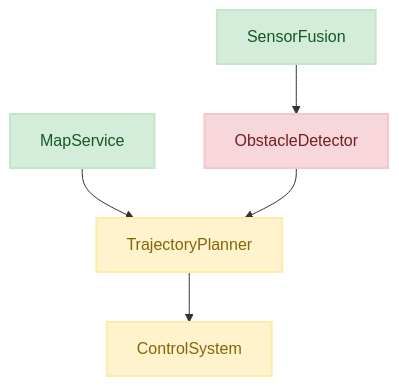
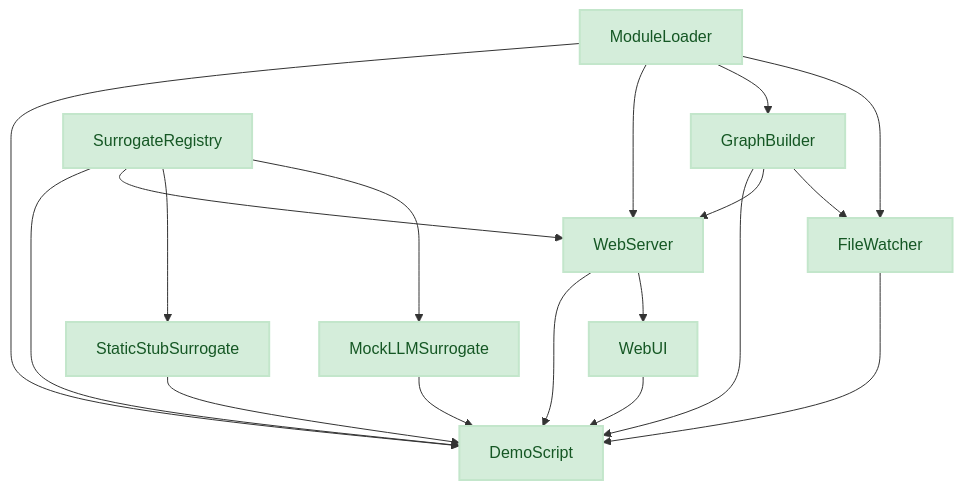
Before and after one commit to tomerhamam/SWAI_Cursor: the diagram in static/diagram.mmd, drawn with Mermaid. The commit also changed 16 other files, not shown here.

First line of the commit message:
feat: Transform system into self-documenting MVP architecture

```diff
--- a/static/diagram.mmd
+++ b/static/diagram.mmd
@@ -1,22 +1,43 @@
 graph TD
-    SensorFusion["SensorFusion"]
-    class SensorFusion implemented
-    ControlSystem["ControlSystem"]
-    class ControlSystem placeholder
-    ObstacleDetector["ObstacleDetector"]
-    class ObstacleDetector error
-    MapService["MapService"]
-    class MapService implemented
-    TrajectoryPlanner["TrajectoryPlanner"]
-    class TrajectoryPlanner placeholder
+    DemoScript["DemoScript"]
+    class DemoScript implemented
+    WebServer["WebServer"]
+    class WebServer implemented
+    GraphBuilder["GraphBuilder"]
+    class GraphBuilder implemented
+    SurrogateRegistry["SurrogateRegistry"]
+    class SurrogateRegistry implemented
+    FileWatcher["FileWatcher"]
+    class FileWatcher implemented
+    StaticStubSurrogate["StaticStubSurrogate"]
+    class StaticStubSurrogate implemented
+    WebUI["WebUI"]
+    class WebUI implemented
+    ModuleLoader["ModuleLoader"]
+    class ModuleLoader implemented
+    MockLLMSurrogate["MockLLMSurrogate"]
+    class MockLLMSurrogate implemented
 
-    TrajectoryPlanner --> ControlSystem
-    SensorFusion --> ObstacleDetector
-    MapService --> TrajectoryPlanner
-    ObstacleDetector --> TrajectoryPlanner
+    ModuleLoader --> DemoScript
+    GraphBuilder --> DemoScript
+    SurrogateRegistry --> DemoScript
+    StaticStubSurrogate --> DemoScript
+    MockLLMSurrogate --> DemoScript
+    WebServer --> DemoScript
+    FileWatcher --> DemoScript
+    WebUI --> DemoScript
+    ModuleLoader --> WebServer
+    GraphBuilder --> WebServer
+    SurrogateRegistry --> WebServer
+    ModuleLoader --> GraphBuilder
+    ModuleLoader --> FileWatcher
+    GraphBuilder --> FileWatcher
+    SurrogateRegistry --> StaticStubSurrogate
+    WebServer --> WebUI
+    SurrogateRegistry --> MockLLMSurrogate
     
     %% Status-based styling
     classDef implemented fill:#d4edda,stroke:#c3e6cb,stroke-width:2px,color:#155724
     classDef placeholder fill:#fff3cd,stroke:#ffeaa7,stroke-width:2px,color:#856404
     classDef error fill:#f8d7da,stroke:#f5c6cb,stroke-width:2px,color:#721c24
     classDef missing fill:#f0f0f0,stroke:#999,stroke-width:1px,color:#666,stroke-dasharray: 5 5
```
